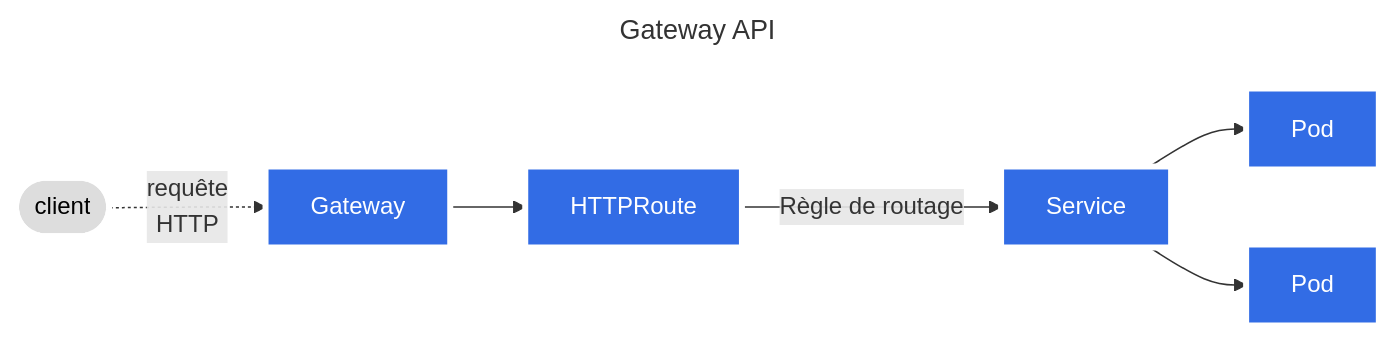
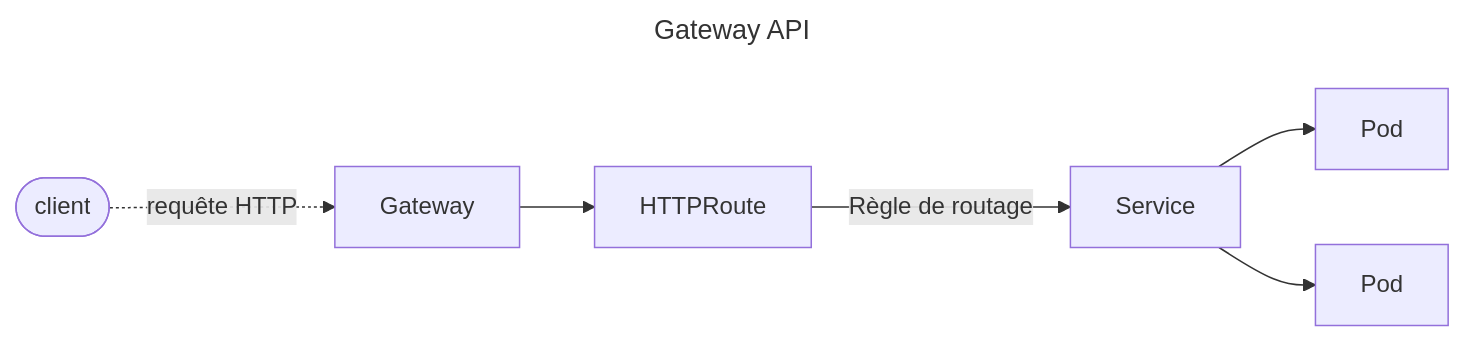
Before and after one commit to tavenel/website: diagram 12 of 13 in src/courses/k8s/cours-k8s-main.md, drawn with Mermaid. The commit also changed other lines of this file and 27 other files, not shown here.

Commit message:
move plantuml to mermaid -- WIP

````diff
--- a/src/courses/k8s/cours-k8s-main.md
+++ b/src/courses/k8s/cours-k8s-main.md
@@ -992,18 +978,12 @@
 ```mermaid
 ---
 title: Gateway API
 ---
 
 graph LR;
-  client([client])-. requête <br> HTTP .->gateway[Gateway];
+  client([client])-. requête HTTP .->gateway[Gateway];
   gateway-->httpRoute[HTTPRoute];
   httpRoute-->|Règle de routage|service[Service];
   service-->pod1[Pod];
   service-->pod2[Pod];
-  classDef plain fill:#ddd,stroke:#fff,stroke-width:4px,color:#000;
-  classDef k8s fill:#326ce5,stroke:#fff,stroke-width:4px,color:#fff;
-  classDef cluster fill:#fff,stroke:#bbb,stroke-width:2px,color:#326ce5;
-  class gateway,httpRoute,service,pod1,pod2, k8s;
-  class client plain;
-  class cluster cluster;
 ```
````
